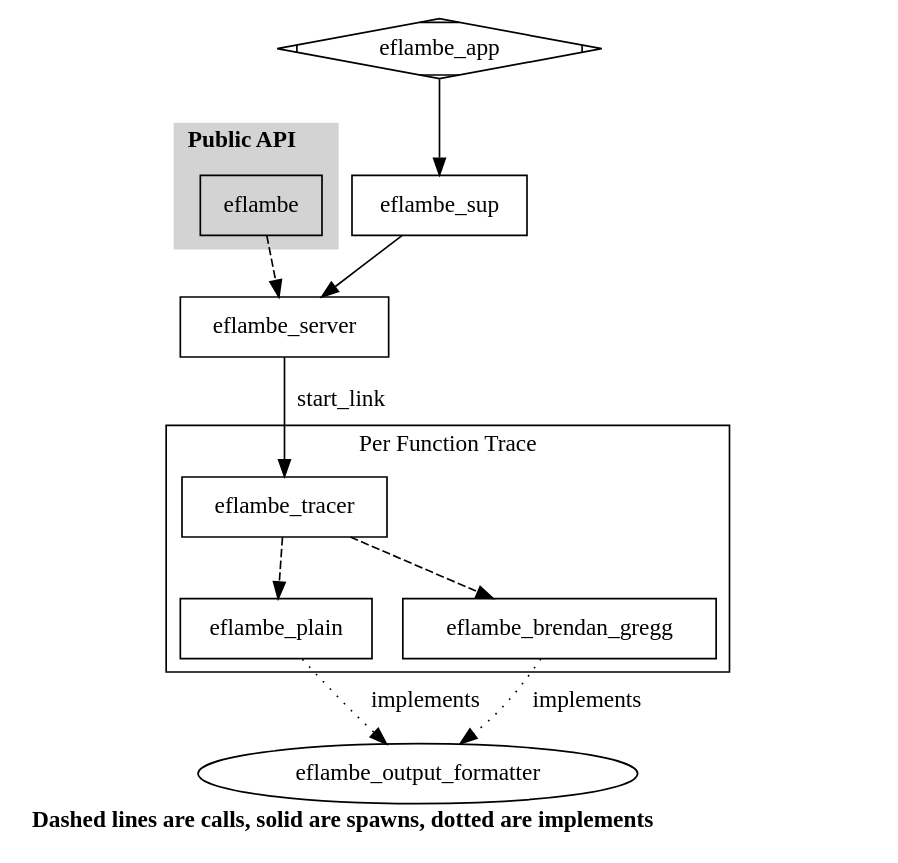
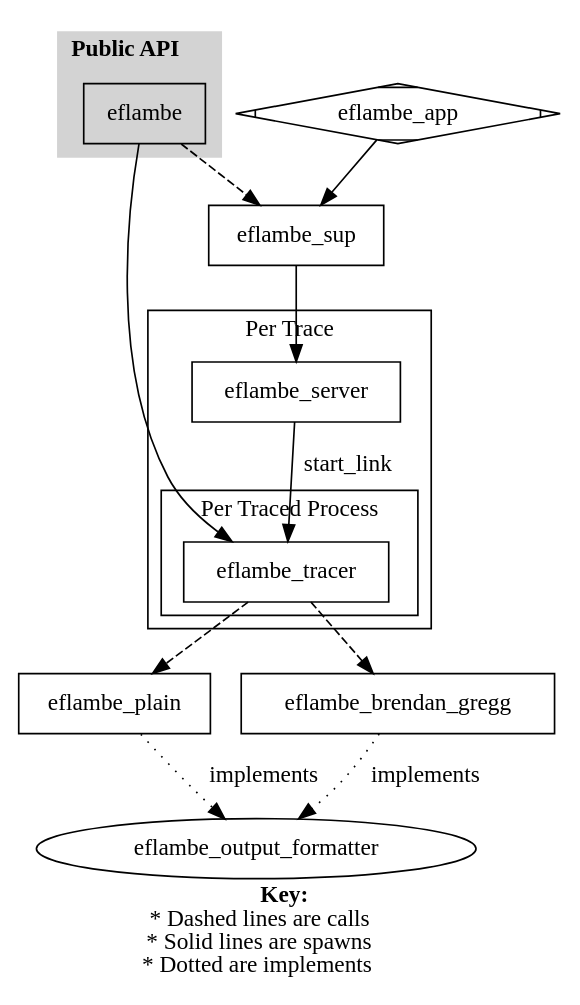
The diagram in doc/architecture_diagram.gv (Stratus3D/eflambe), drawn with Graphviz before and after one commit. The commit also changed 1 other file, not shown here.

Commit message:
Update architecture diagram SVG and graphviz files

```diff
--- a/doc/architecture_diagram.gv
+++ b/doc/architecture_diagram.gv
@@ -1,32 +1,36 @@
 digraph eflambe {
-    label=<<b>Dashed lines are calls, solid are spawns, dotted are implements</b>>
+    label=<<b>Key:</b><br/>* Dashed lines are calls<br/>* Solid lines are spawns<br/>* Dotted are implements>
     node[ shape=rectangle]
 
     subgraph cluster_public_api {
         label=<<b>Public API</b>>
         style=filled
         color=lightgrey
 
         eflambe
     }
 
-    eflambe -> eflambe_server [style=dashed]
+    subgraph cluster_function_trace {
+        label = "Per Trace"
+        eflambe_server -> eflambe_tracer [label="start_link"]
+
+        subgraph cluster_function_process_trace {
+            label = "Per Traced Process"
+            eflambe_tracer
+        }
+    }
+
+    eflambe -> eflambe_sup [style=dashed]
+    eflambe -> eflambe_tracer
     eflambe_app [shape=Mdiamond]
     eflambe_app -> eflambe_sup
     eflambe_sup -> eflambe_server
-    eflambe_server
+
     eflambe_output_formatter [shape=oval]
 
-    subgraph cluster_function_trace {
-        label = "Per Function Trace"
-
-        eflambe_tracer -> eflambe_plain [style=dashed]
-        eflambe_tracer -> eflambe_brendan_gregg [style=dashed]
-    }
+    eflambe_tracer -> eflambe_plain [style=dashed]
+    eflambe_tracer -> eflambe_brendan_gregg [style=dashed]
 
     eflambe_plain -> eflambe_output_formatter [label="implements", style=dotted]
     eflambe_brendan_gregg -> eflambe_output_formatter [label="implements", style=dotted]
-
-
-    eflambe_server -> eflambe_tracer [label="start_link"]
 }
```
